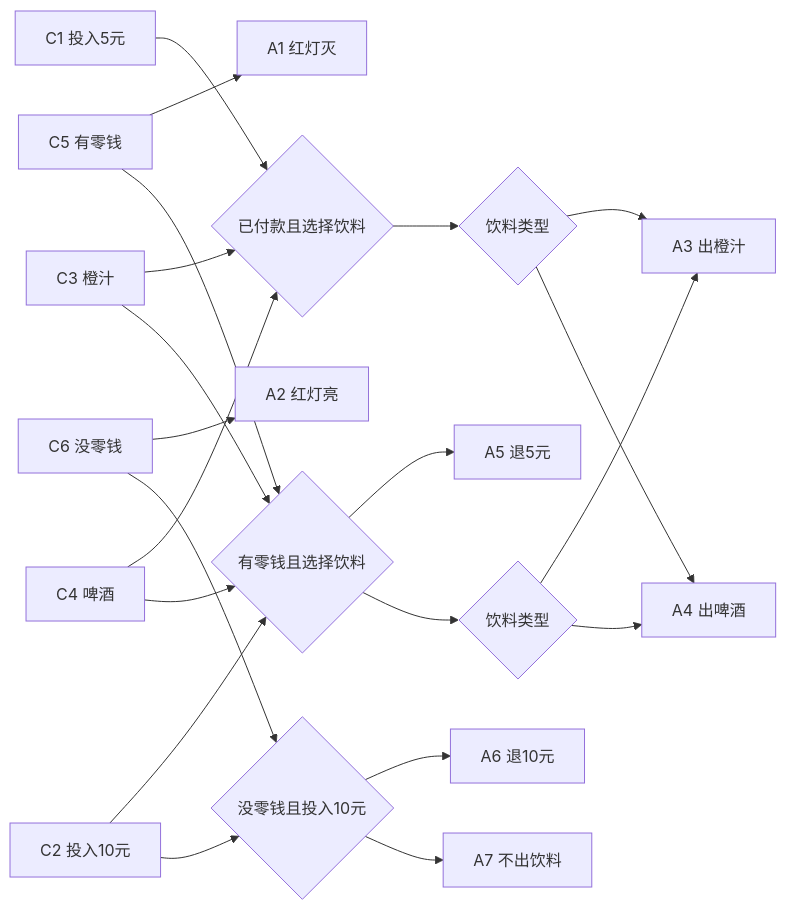
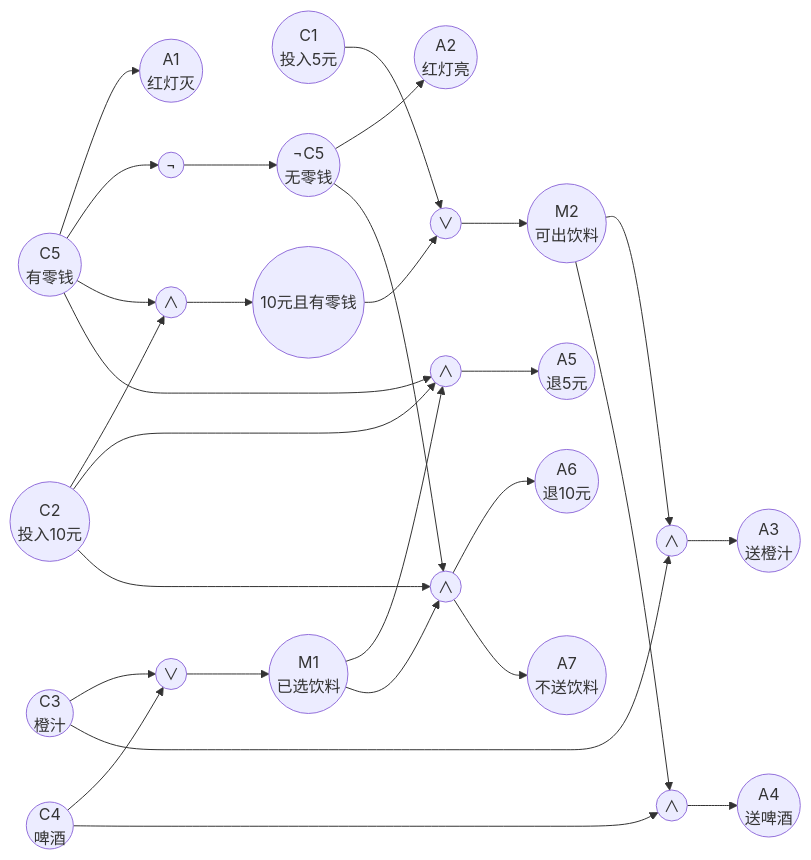
Before and after one commit to Ziwen-Lii/pique-review-site: the first of 4 diagrams in src/content/test-homework-solutions.md, drawn with Mermaid. The commit also changed other lines of this file and 1 other file, not shown here.

Commit message:
Fix homework cause-effect graph answer

````diff
--- a/src/content/test-homework-solutions.md
+++ b/src/content/test-homework-solutions.md
@@ -256,26 +268,53 @@
 ```mermaid
 flowchart LR
-  C5["C5 有零钱"] --> A1["A1 红灯灭"]
-  C6["C6 没零钱"] --> A2["A2 红灯亮"]
+  C1(("C1<br/>投入5元"))
+  C2(("C2<br/>投入10元"))
+  C3(("C3<br/>橙汁"))
+  C4(("C4<br/>啤酒"))
+  C5(("C5<br/>有零钱"))
+  NC5(("¬C5<br/>无零钱"))
 
-  C1["C1 投入5元"] --> E1{"已付款且选择饮料"}
-  C3["C3 橙汁"] --> E1
-  C4["C4 啤酒"] --> E1
-  E1 --> D1{"饮料类型"}
-  D1 --> A3["A3 出橙汁"]
-  D1 --> A4["A4 出啤酒"]
+  A1(("A1<br/>红灯灭"))
+  A2(("A2<br/>红灯亮"))
+  A3(("A3<br/>送橙汁"))
+  A4(("A4<br/>送啤酒"))
+  A5(("A5<br/>退5元"))
+  A6(("A6<br/>退10元"))
+  A7(("A7<br/>不送饮料"))
 
-  C2["C2 投入10元"] --> E2{"有零钱且选择饮料"}
-  C5 --> E2
-  C3 --> E2
-  C4 --> E2
-  E2 --> A5["A5 退5元"]
-  E2 --> D2{"饮料类型"}
-  D2 --> A3
-  D2 --> A4
+  C5 --> A1
+  C5 --> N1(("¬"))
+  N1 --> NC5
+  NC5 --> A2
 
-  C2 --> E3{"没零钱且投入10元"}
-  C6 --> E3
-  E3 --> A6["A6 退10元"]
-  E3 --> A7["A7 不出饮料"]
+  C3 --> OR1(("∨"))
+  C4 --> OR1
+  OR1 --> M1(("M1<br/>已选饮料"))
+
+  C2 --> AND1(("∧"))
+  C5 --> AND1
+  AND1 --> M10OK(("10元且有零钱"))
+
+  C1 --> OR2(("∨"))
+  M10OK --> OR2
+  OR2 --> M2(("M2<br/>可出饮料"))
+
+  M2 --> AND2(("∧"))
+  C3 --> AND2
+  AND2 --> A3
+
+  M2 --> AND3(("∧"))
+  C4 --> AND3
+  AND3 --> A4
+
+  C2 --> AND4(("∧"))
+  C5 --> AND4
+  M1 --> AND4
+  AND4 --> A5
+
+  C2 --> AND5(("∧"))
+  NC5 --> AND5
+  M1 --> AND5
+  AND5 --> A6
+  AND5 --> A7
 ```
````
